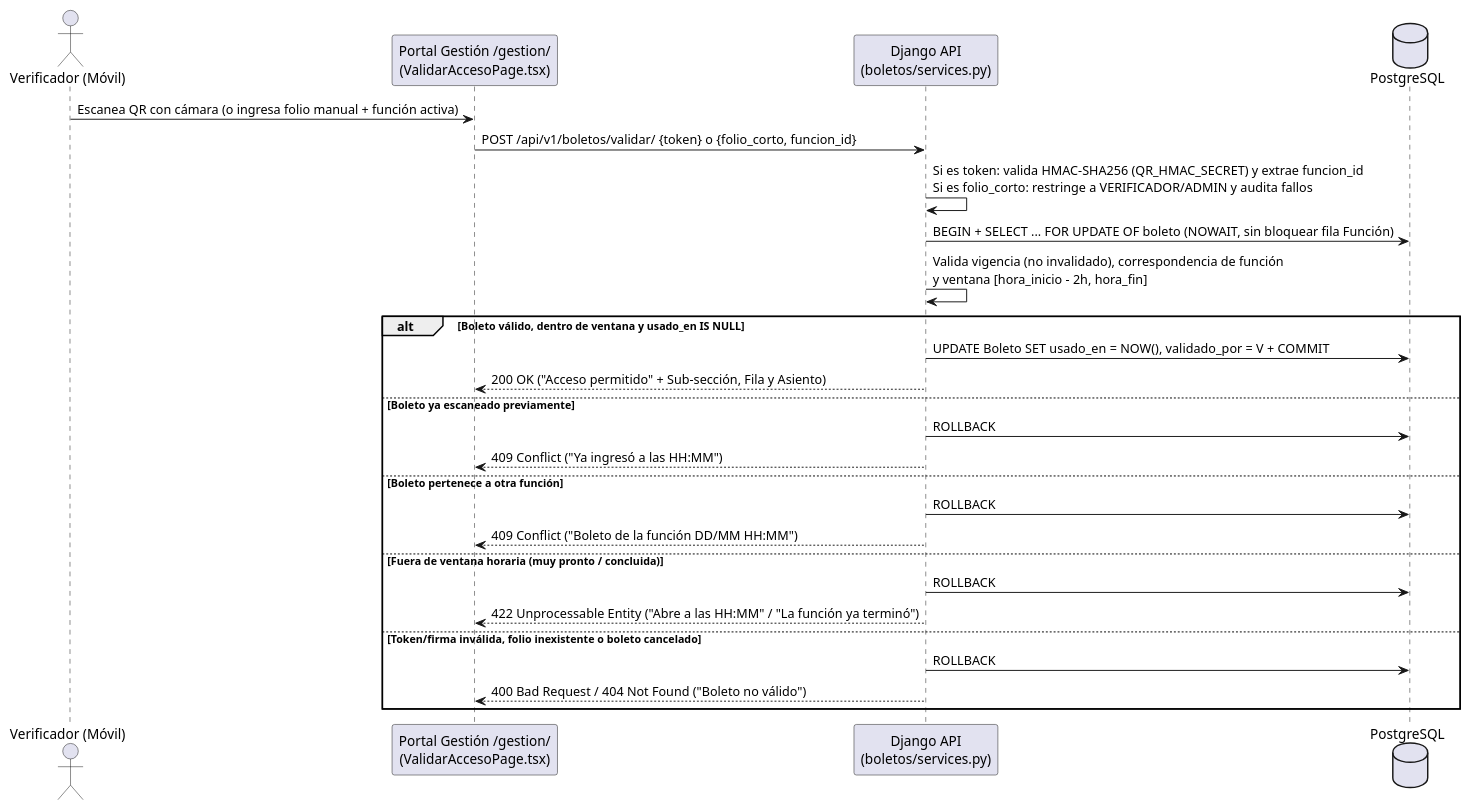
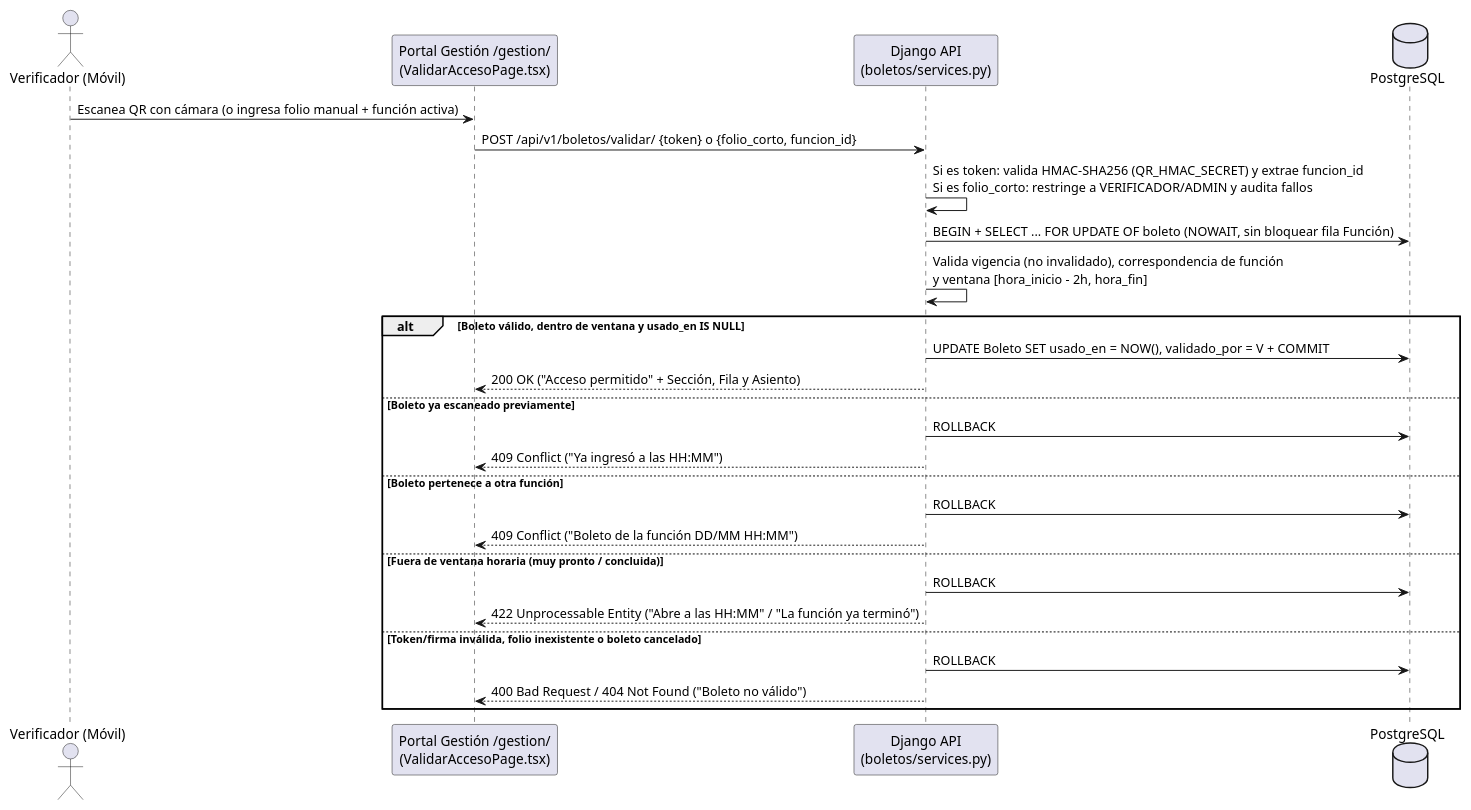
Before and after one commit to AntonioVargas97/Teatro: the fourth of 5 diagrams in docs/arquitectura.md, drawn with PlantUML. The commit also changed other lines of this file and 3 other files, not shown here.

Commit message:
docs(arquitectura): sync architecture and domain docs with scope updates

````diff
--- a/docs/arquitectura.md
+++ b/docs/arquitectura.md
@@ -229,31 +229,31 @@
 ```plantuml
 @startuml
 actor "Verificador (Móvil)" as V
 participant "Portal Gestión /gestion/\n(ValidarAccesoPage.tsx)" as FE
 participant "Django API\n(boletos/services.py)" as API
 database "PostgreSQL" as PG
 
 V -> FE : Escanea QR con cámara (o ingresa folio manual + función activa)
 FE -> API : POST /api/v1/boletos/validar/ {token} o {folio_corto, funcion_id}
 API -> API : Si es token: valida HMAC-SHA256 (QR_HMAC_SECRET) y extrae funcion_id\nSi es folio_corto: restringe a VERIFICADOR/ADMIN y audita fallos
 API -> PG : BEGIN + SELECT ... FOR UPDATE OF boleto (NOWAIT, sin bloquear fila Función)
 API -> API : Valida vigencia (no invalidado), correspondencia de función\ny ventana [hora_inicio - 2h, hora_fin]
 
 alt Boleto válido, dentro de ventana y usado_en IS NULL
     API -> PG : UPDATE Boleto SET usado_en = NOW(), validado_por = V + COMMIT
-    API --> FE : 200 OK ("Acceso permitido" + Sub-sección, Fila y Asiento)
+    API --> FE : 200 OK ("Acceso permitido" + Sección, Fila y Asiento)
 else Boleto ya escaneado previamente
     API -> PG : ROLLBACK
     API --> FE : 409 Conflict ("Ya ingresó a las HH:MM")
 else Boleto pertenece a otra función
     API -> PG : ROLLBACK
     API --> FE : 409 Conflict ("Boleto de la función DD/MM HH:MM")
 else Fuera de ventana horaria (muy pronto / concluida)
     API -> PG : ROLLBACK
     API --> FE : 422 Unprocessable Entity ("Abre a las HH:MM" / "La función ya terminó")
 else Token/firma inválida, folio inexistente o boleto cancelado
     API -> PG : ROLLBACK
     API --> FE : 400 Bad Request / 404 Not Found ("Boleto no válido")
 end
 @enduml
 ```
````
